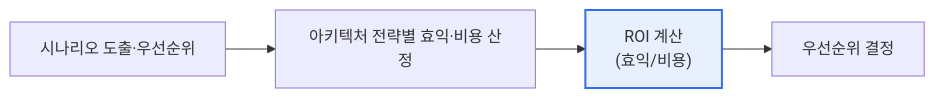
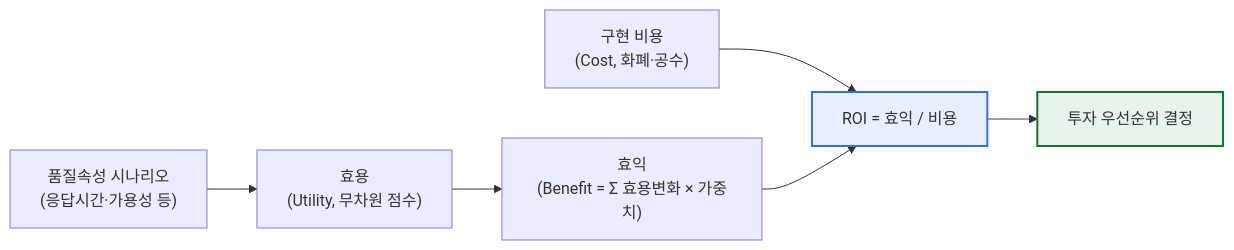
The first of 2 diagrams in content/cbam.md (coninggu/wjdqhrhksflrltnftk), drawn with Mermaid before and after one commit. The commit also changed other lines of this file and 3 other files, not shown here.

Commit message:
Deepen CBAM(Cost Benefit Analysis Method), 디지털 트윈과 메타버스 (auto)

````diff
--- a/content/cbam.md
+++ b/content/cbam.md
@@ -15,5 +21,10 @@
 ```mermaid
 flowchart LR
-  A[시나리오 도출·우선순위] --> B[아키텍처 전략별 효익·비용 산정] --> C["ROI 계산<br/>(효익/비용)"] --> D[우선순위 결정]
-  style C fill:#e8f0fe,stroke:#2f6fed,stroke-width:2px
+  S["품질속성 시나리오<br/>(응답시간·가용성 등)"] --> U["효용<br/>(Utility, 무차원 점수)"]
+  U --> B["효익<br/>(Benefit = Σ 효용변화 × 가중치)"]
+  C["구현 비용<br/>(Cost, 화폐·공수)"] --> R
+  B --> R["ROI = 효익 / 비용"]
+  R --> P["투자 우선순위 결정"]
+  style R fill:#e8f0fe,stroke:#2f6fed,stroke-width:2px
+  style P fill:#e6f4ea,stroke:#137333,stroke-width:2px
 ```
````
